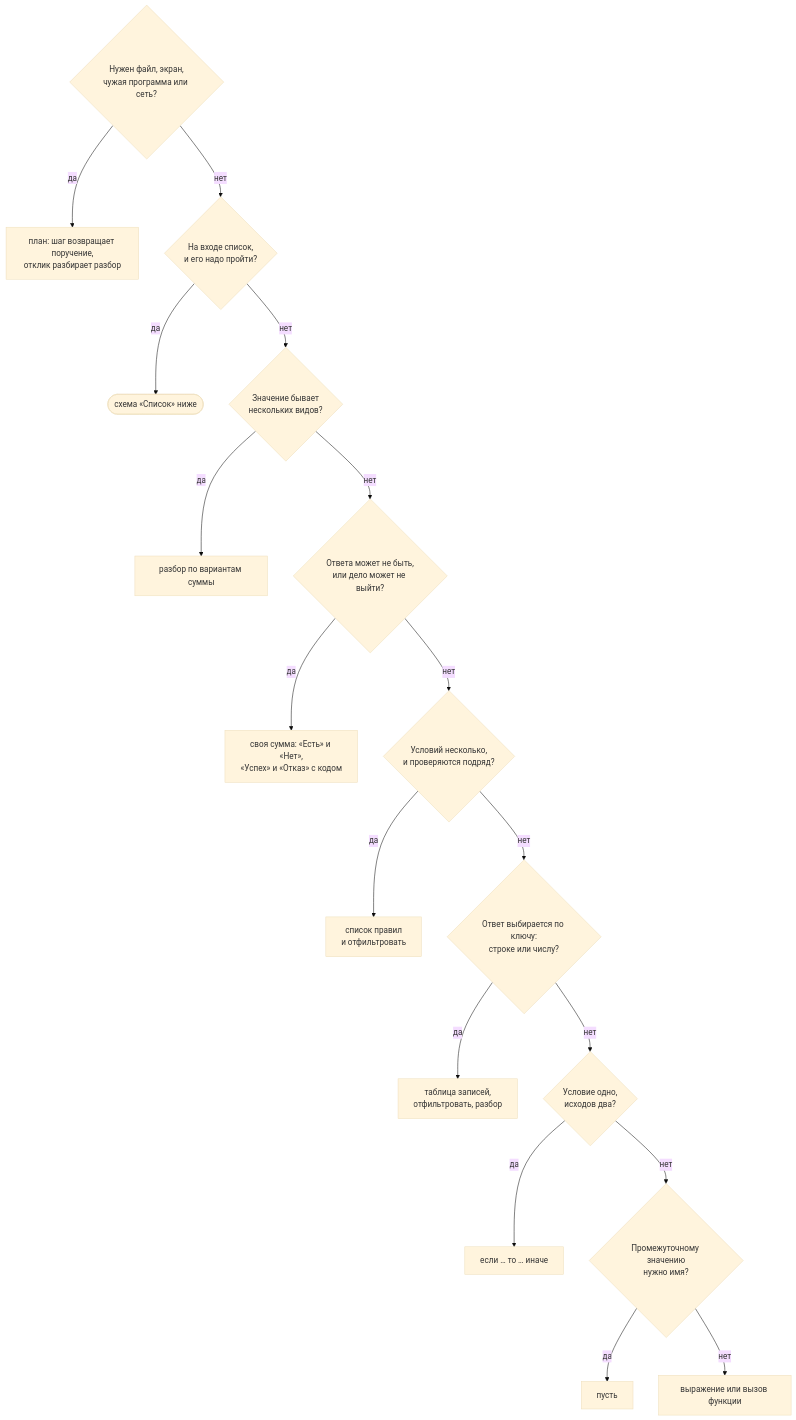
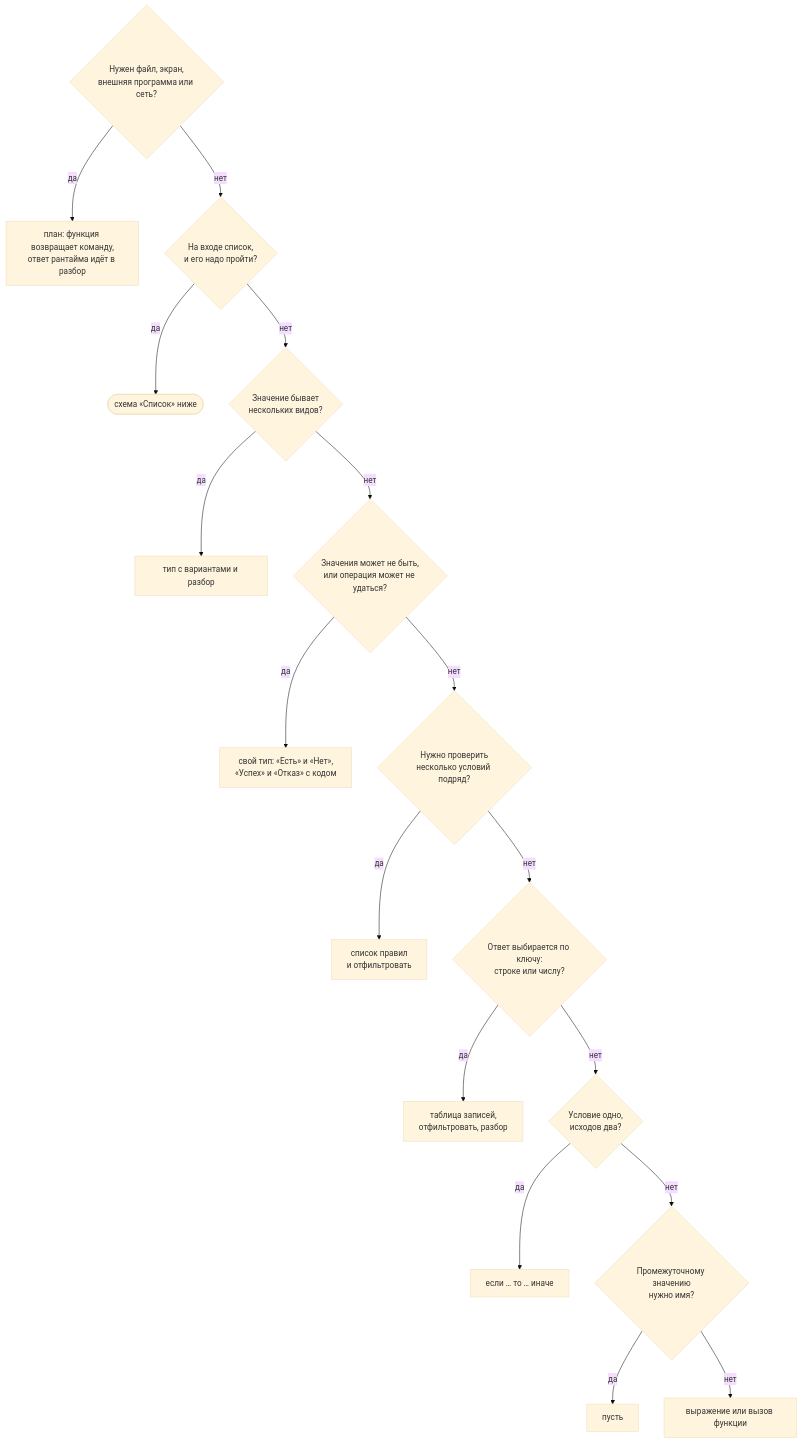
One commit to MyWWWChat/flang changed the first of 4 diagrams in docs/site/which-construct.ru.md. Above: the diagram before and after it, drawn with Mermaid (base theme). The commit also changed other lines of this file and 1 other file, not shown here.

````diff
--- a/docs/site/which-construct.ru.md
+++ b/docs/site/which-construct.ru.md
@@ -28,22 +82,22 @@
-```mermaid Что сделать — какую конструкцию взять
+```mermaid Что нужно сделать — что писать
 flowchart TD
-  Q1{Нужен файл, экран,<br>чужая программа или сеть?}
-  Q1 -->|да| R1[план: шаг возвращает поручение,<br>отклик разбирает разбор]
+  Q1{Нужен файл, экран,<br>внешняя программа или сеть?}
+  Q1 -->|да| R1[план: функция возвращает команду,<br>ответ рантайма идёт в разбор]
   Q1 -->|нет| Q2{На входе список,<br>и его надо пройти?}
   Q2 -->|да| R2([схема «Список» ниже])
   Q2 -->|нет| Q3{Значение бывает<br>нескольких видов?}
-  Q3 -->|да| R3[разбор по вариантам суммы]
-  Q3 -->|нет| Q4{Ответа может не быть,<br>или дело может не выйти?}
-  Q4 -->|да| R4[своя сумма: «Есть» и «Нет»,<br>«Успех» и «Отказ» с кодом]
-  Q4 -->|нет| Q5{Условий несколько,<br>и проверяются подряд?}
+  Q3 -->|да| R3[тип с вариантами и разбор]
+  Q3 -->|нет| Q4{Значения может не быть,<br>или операция может не удаться?}
+  Q4 -->|да| R4[свой тип: «Есть» и «Нет»,<br>«Успех» и «Отказ» с кодом]
+  Q4 -->|нет| Q5{Нужно проверить<br>несколько условий подряд?}
   Q5 -->|да| R5[список правил<br>и отфильтровать]
   Q5 -->|нет| Q6{Ответ выбирается по ключу:<br>строке или числу?}
   Q6 -->|да| R6[таблица записей,<br>отфильтровать, разбор]
   Q6 -->|нет| Q7{Условие одно,<br>исходов два?}
   Q7 -->|да| R7[если … то … иначе]
   Q7 -->|нет| Q8{Промежуточному значению<br>нужно имя?}
   Q8 -->|да| R8[пусть]
   Q8 -->|нет| R9[выражение или вызов функции]
   class R3 glavnoe
   class R1,R4,R5,R6,R7,R8,R9 vyvod
 ```
````
